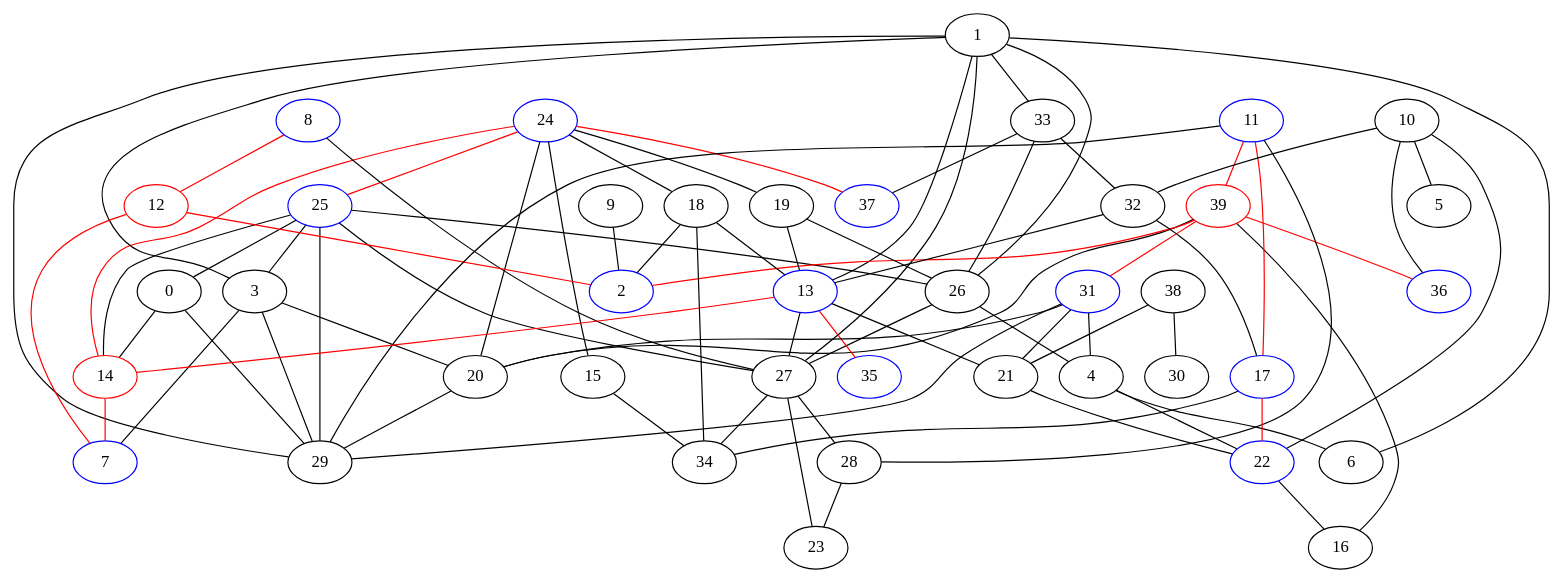
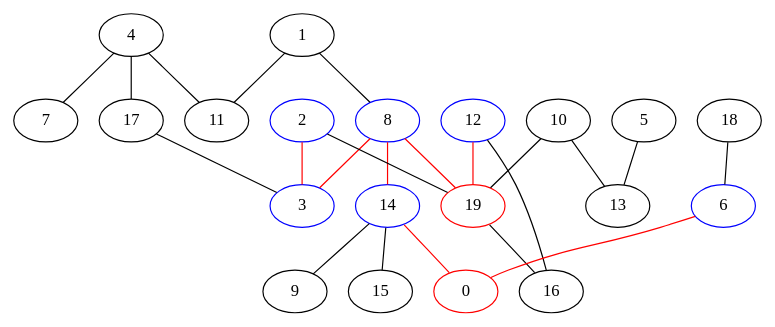
Before and after one commit to AwsafAlam/Steiner-Tree-Algorithms: the diagram in graph.gv, drawn with Graphviz. The commit also changed 3 other files, not shown here.

```diff
--- a/graph.gv
+++ b/graph.gv
@@ -1,120 +1,44 @@
 graph {
-	24 [color=blue]
-	25 [color=blue]
-	26
-	27
-	20
-	21
-	22 [color=blue]
-	23
-	28
-	29
+	7
+	4
+	11
+	17
 	1
-	0
-	3
+	3 [color=blue]
+	8 [color=blue]
 	2 [color=blue]
+	19 [color=red]
+	14 [color=blue]
+	16
+	12 [color=blue]
+	15
+	0 [color=red]
+	9
+	6 [color=blue]
+	18
+	10
+	13
 	5
-	4
-	7 [color=blue]
-	6
-	9
-	8 [color=blue]
-	39 [color=red]
-	12 [color=red]
-	11 [color=blue]
-	10
-	13 [color=blue]
-	38
-	15
-	14 [color=red]
-	17 [color=blue]
-	16
-	19
-	18
-	31 [color=blue]
-	30
-	37 [color=blue]
-	36 [color=blue]
-	35 [color=blue]
-	34
-	33
-	32
-	11 -- 39 [color=red]
-	11 -- 17 [color=red]
-	1 -- 26
-	26 -- 4
-	39 -- 36 [color=red]
-	33 -- 32
-	25 -- 26
-	24 -- 20
-	20 -- 29
-	19 -- 26
-	27 -- 23
-	25 -- 0
-	3 -- 20
-	31 -- 20
-	39 -- 2 [color=red]
-	11 -- 29
-	33 -- 37
-	24 -- 19
-	24 -- 18
-	25 -- 27
-	32 -- 17
-	31 -- 21
-	17 -- 22 [color=red]
-	39 -- 20
-	17 -- 34
-	13 -- 35 [color=red]
-	1 -- 29
-	10 -- 32
-	11 -- 28
-	1 -- 6
-	4 -- 6
-	28 -- 23
-	13 -- 27
-	13 -- 21
-	21 -- 22
-	25 -- 3
-	10 -- 36
-	25 -- 14
-	10 -- 22
-	18 -- 2
-	24 -- 37 [color=red]
-	22 -- 16
-	1 -- 13
-	31 -- 29
-	18 -- 13
-	33 -- 26
-	24 -- 15
-	19 -- 13
-	1 -- 27
-	31 -- 4
-	18 -- 34
-	8 -- 12 [color=red]
-	1 -- 3
-	12 -- 2 [color=red]
-	38 -- 30
-	4 -- 22
-	27 -- 34
-	10 -- 5
-	39 -- 16
-	8 -- 27
-	32 -- 13
-	0 -- 29
-	1 -- 33
-	13 -- 14 [color=red]
-	27 -- 28
-	24 -- 14 [color=red]
-	38 -- 21
-	15 -- 34
-	25 -- 29
-	26 -- 27
-	3 -- 7
-	9 -- 2
-	39 -- 31 [color=red]
-	12 -- 7 [color=red]
-	14 -- 7 [color=red]
-	0 -- 14
-	3 -- 29
-	24 -- 25 [color=red]
+	6 -- 0 [color=red]
+	2 -- 3 [color=red]
+	18 -- 6
+	1 -- 11
+	8 -- 3 [color=red]
+	10 -- 19
+	10 -- 13
+	12 -- 19 [color=red]
+	14 -- 9
+	14 -- 15
+	4 -- 11
+	14 -- 0 [color=red]
+	5 -- 13
+	8 -- 19 [color=red]
+	8 -- 14 [color=red]
+	19 -- 16
+	1 -- 8
+	2 -- 19
+	17 -- 3
+	4 -- 7
+	12 -- 16
+	4 -- 17
 }
```
